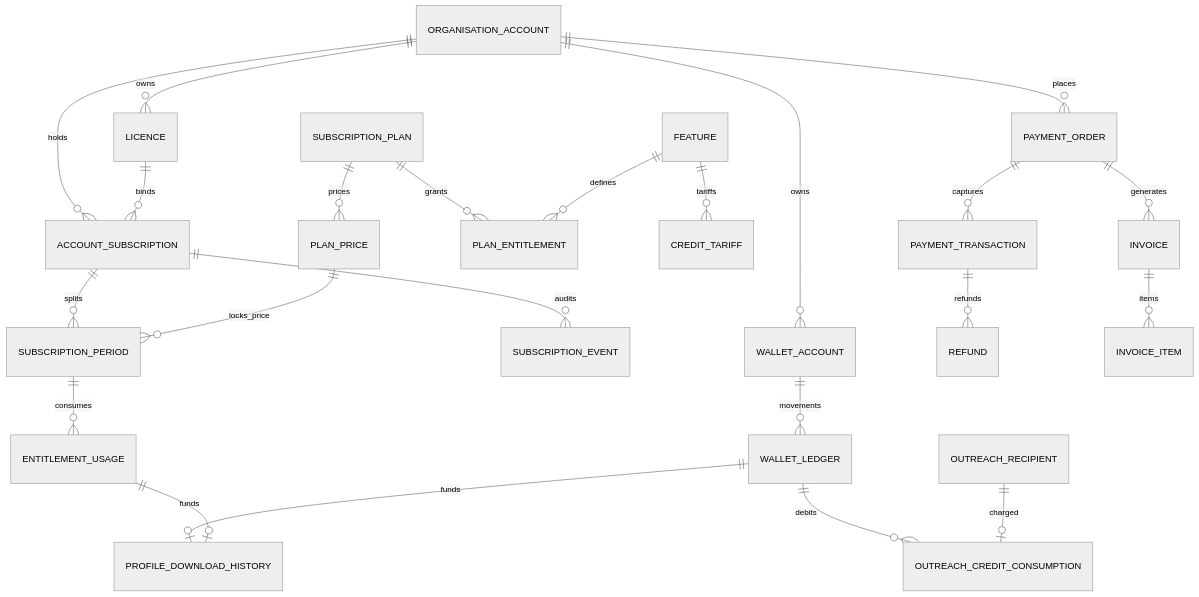
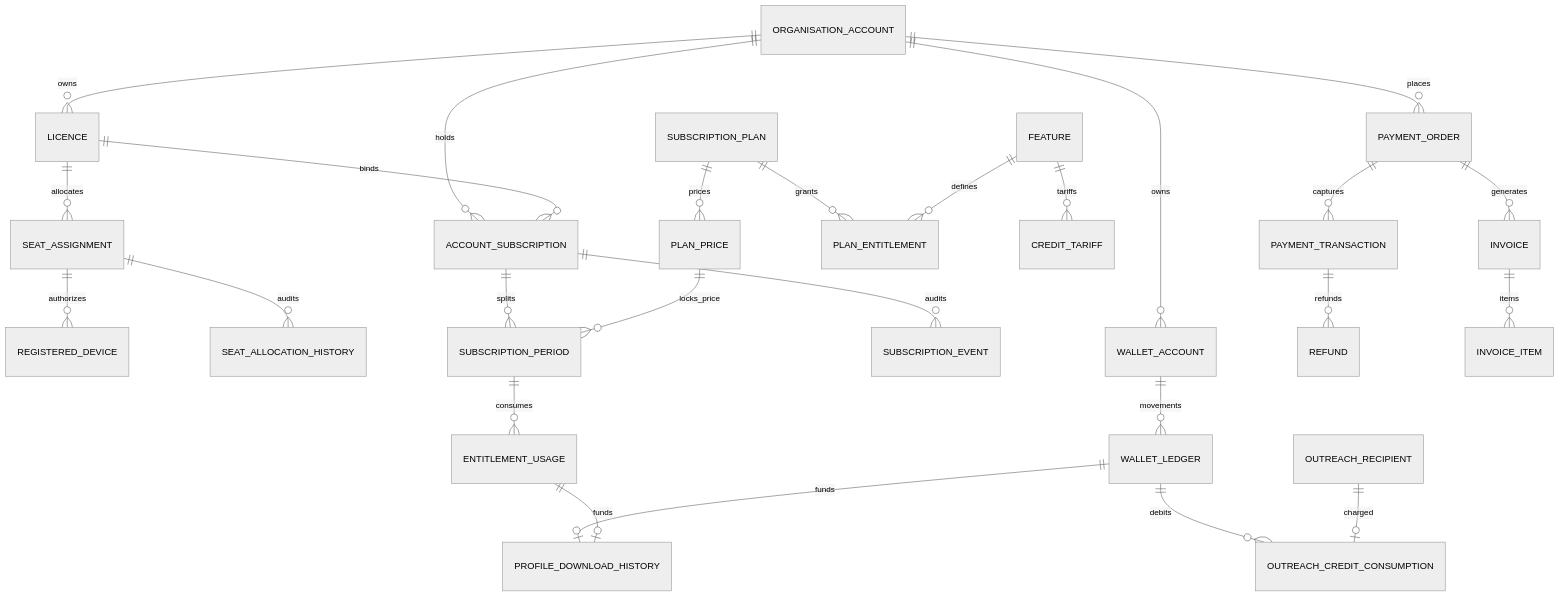
The second of 2 diagrams in docs/phase-3-full-architecture-specification.md (crazyluhsnap/talentra-database-design), drawn with Mermaid (neutral theme) before and after one commit. The commit also changed other lines of this file and 5 other files, not shown here.

````diff
--- a/docs/phase-3-full-architecture-specification.md
+++ b/docs/phase-3-full-architecture-specification.md
@@ -101,28 +101,31 @@
 ```mermaid
 erDiagram
     ORGANISATION_ACCOUNT ||--o{ LICENCE : owns
     ORGANISATION_ACCOUNT ||--o{ ACCOUNT_SUBSCRIPTION : holds
     LICENCE ||--o{ ACCOUNT_SUBSCRIPTION : binds
+    LICENCE ||--o{ SEAT_ASSIGNMENT : allocates
+    SEAT_ASSIGNMENT ||--o{ REGISTERED_DEVICE : authorizes
+    SEAT_ASSIGNMENT ||--o{ SEAT_ALLOCATION_HISTORY : audits
     SUBSCRIPTION_PLAN ||--o{ PLAN_PRICE : prices
     SUBSCRIPTION_PLAN ||--o{ PLAN_ENTITLEMENT : grants
     FEATURE ||--o{ PLAN_ENTITLEMENT : defines
     FEATURE ||--o{ CREDIT_TARIFF : tariffs
     
     ACCOUNT_SUBSCRIPTION ||--o{ SUBSCRIPTION_PERIOD : splits
     PLAN_PRICE ||--o{ SUBSCRIPTION_PERIOD : locks_price
     ACCOUNT_SUBSCRIPTION ||--o{ SUBSCRIPTION_EVENT : audits
     SUBSCRIPTION_PERIOD ||--o{ ENTITLEMENT_USAGE : consumes
     
     ORGANISATION_ACCOUNT ||--o{ WALLET_ACCOUNT : owns
     WALLET_ACCOUNT ||--o{ WALLET_LEDGER : movements
     ORGANISATION_ACCOUNT ||--o{ PAYMENT_ORDER : places
     PAYMENT_ORDER ||--o{ PAYMENT_TRANSACTION : captures
     PAYMENT_TRANSACTION ||--o{ REFUND : refunds
     PAYMENT_ORDER ||--o{ INVOICE : generates
     INVOICE ||--o{ INVOICE_ITEM : items
     
     WALLET_LEDGER ||--o| PROFILE_DOWNLOAD_HISTORY : funds
     ENTITLEMENT_USAGE ||--o| PROFILE_DOWNLOAD_HISTORY : funds
     WALLET_LEDGER ||--o{ OUTREACH_CREDIT_CONSUMPTION : debits
     OUTREACH_RECIPIENT ||--o| OUTREACH_CREDIT_CONSUMPTION : charged
 ```
````
